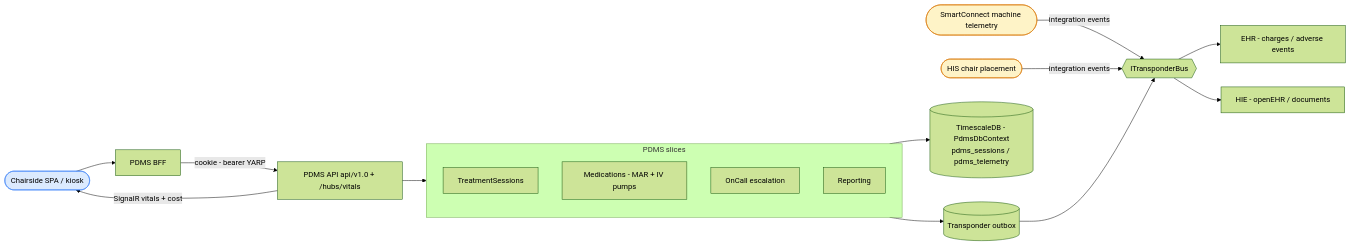
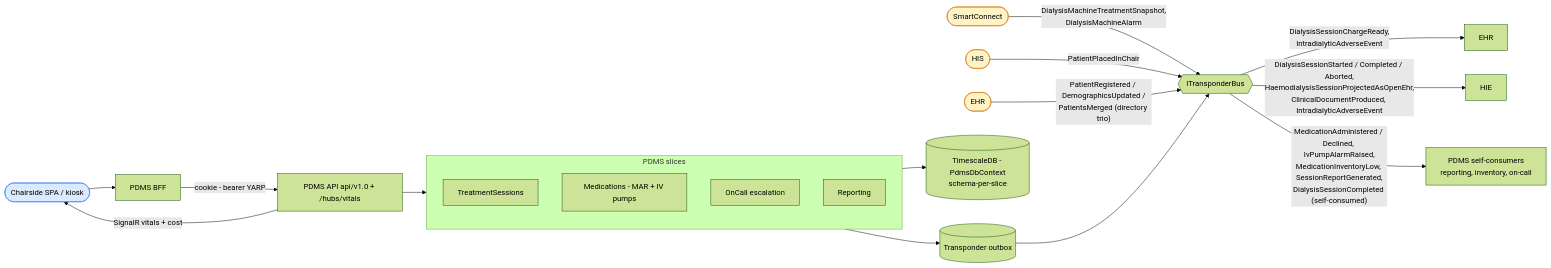
One commit to Ahmed-Shehzad/Dialysis changed the first of 6 diagrams in src/backend/PDMS/ARCHITECTURE.md. Above: the diagram before and after it, drawn with Mermaid (forest theme). The commit also changed other lines of this file and 21 other files, not shown here.

First line of the commit message:
docs: full documentation realignment to HEAD + comprehensive diagram suite (#232)

````diff
--- a/src/backend/PDMS/ARCHITECTURE.md
+++ b/src/backend/PDMS/ARCHITECTURE.md
@@ -13,25 +13,27 @@
 ```mermaid
 flowchart LR
     Chair([Chairside SPA / kiosk]):::ui --> BFF[PDMS BFF]
     BFF -->|cookie - bearer YARP| API[PDMS API api/v1.0 + /hubs/vitals]
-    SC([SmartConnect machine telemetry]):::ext -->|integration events| Bus
-    HIS([HIS chair placement]):::ext -->|integration events| Bus
+    SC([SmartConnect]):::ext -->|"DialysisMachineTreatmentSnapshot,<br/>DialysisMachineAlarm"| Bus
+    HIS([HIS]):::ext -->|PatientPlacedInChair| Bus
+    EHRIN([EHR]):::ext -->|"PatientRegistered / DemographicsUpdated /<br/>PatientsMerged (directory trio)"| Bus
 
     API --> Slices
     subgraph Slices [PDMS slices]
         TS[TreatmentSessions]
         MEDS[Medications - MAR + IV pumps]
         ONCALL[OnCall escalation]
         REP[Reporting]
     end
 
-    Slices --> DB[(TimescaleDB - PdmsDbContext<br/>pdms_sessions / pdms_telemetry)]
+    Slices --> DB[(TimescaleDB - PdmsDbContext<br/>schema-per-slice)]
     Slices --> OB[(Transponder outbox)]
     OB --> Bus{{ITransponderBus}}
-    Bus --> EHR[EHR - charges / adverse events]
-    Bus --> HIE[HIE - openEHR / documents]
+    Bus -->|"DialysisSessionChargeReady,<br/>IntradialyticAdverseEvent"| EHR[EHR]
+    Bus -->|"DialysisSessionStarted / Completed / Aborted,<br/>HaemodialysisSessionProjectedAsOpenEhr,<br/>ClinicalDocumentProduced, IntradialyticAdverseEvent"| HIE[HIE]
+    Bus -->|"MedicationAdministered / Declined, IvPumpAlarmRaised,<br/>MedicationInventoryLow, SessionReportGenerated,<br/>DialysisSessionCompleted (self-consumed)"| SELF[PDMS self-consumers<br/>reporting, inventory, on-call]
     API -->|SignalR vitals + cost| Chair
 
     classDef ui fill:#dbeafe,stroke:#3b82f6
     classDef ext fill:#fef3c7,stroke:#d97706
 ```
````
